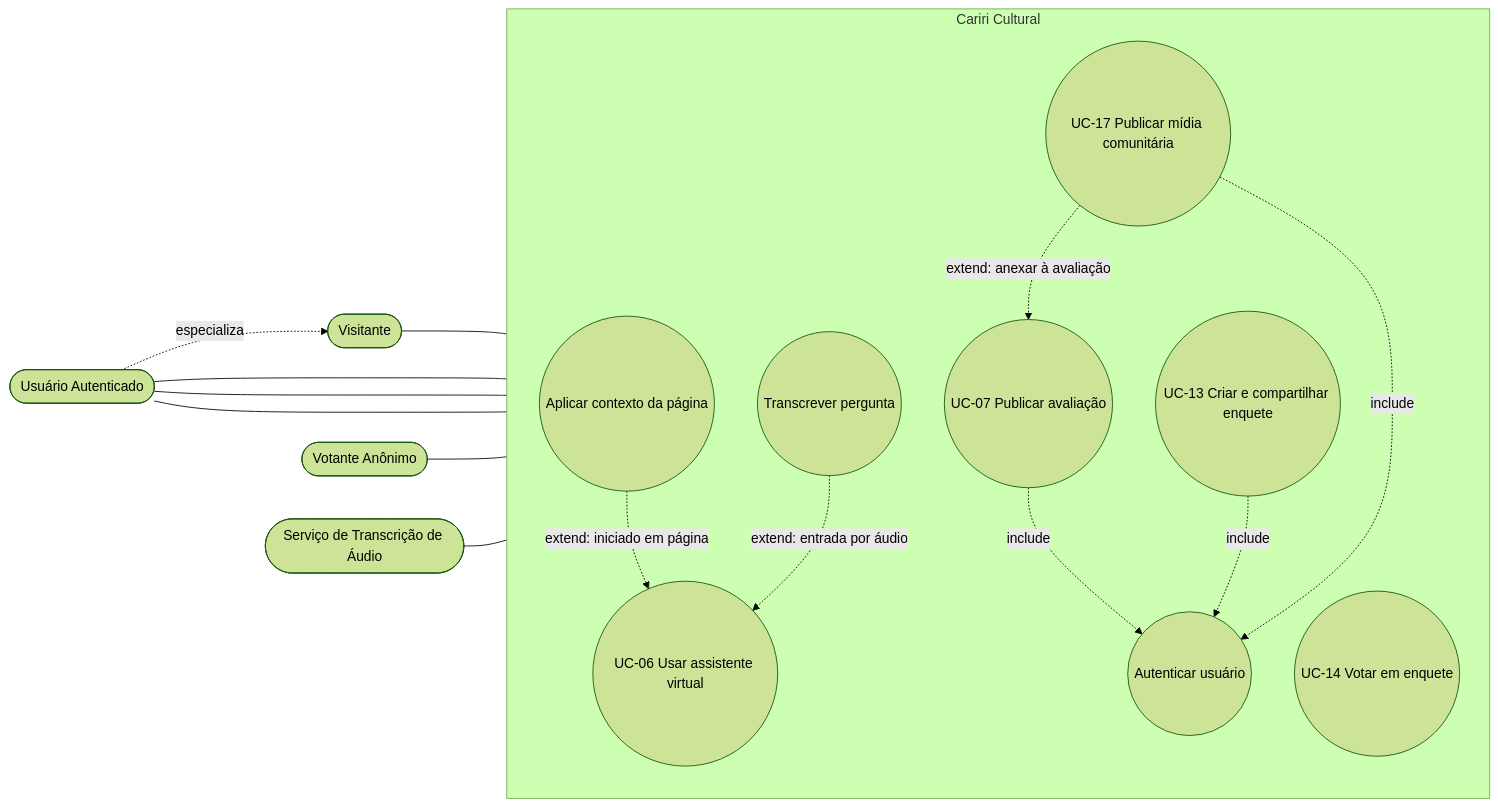
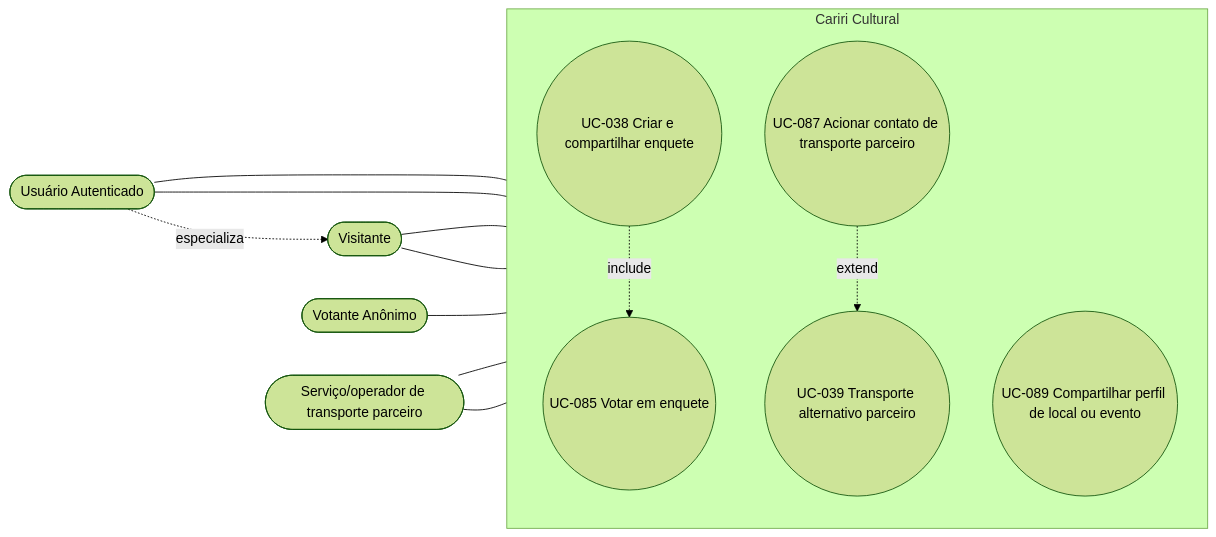
The ninth of 13 diagrams in home/user-cases/use-cases-diagram.md (alan-mendes-ufca/CaririCultural), drawn with Mermaid (forest theme) before and after one commit. The commit also changed other lines of this file and 5 other files, not shown here.

````diff
--- a/home/user-cases/use-cases-diagram.md
+++ b/home/user-cases/use-cases-diagram.md
@@ -197,42 +328,29 @@
 ```mermaid
 flowchart LR
     %% Atores
     V([Visitante])
     U([Usuário Autenticado])
     VA([Votante Anônimo])
-    AUD([Serviço de Transcrição de Áudio])
+    TP([Serviço/operador de transporte parceiro])
 
     %% Fronteira
     subgraph CC [Cariri Cultural]
         direction TB
-        UC06((UC-06 Usar assistente virtual))
-        UC07((UC-07 Publicar avaliação))
-        UC13((UC-13 Criar e compartilhar enquete))
-        UC14((UC-14 Votar em enquete))
-        UC17((UC-17 Publicar mídia comunitária))
-
-        %% Includes
-        AUTH((Autenticar usuário))
-
-        %% Extends do UC-06
-        CTX((Aplicar contexto da página))
-        AUDIO((Transcrever pergunta))
+        UC038((UC-038 Criar e compartilhar enquete))
+        UC039((UC-039 Transporte alternativo parceiro))
+        UC085((UC-085 Votar em enquete))
+        UC087((UC-087 Acionar contato de transporte parceiro))
+        UC089((UC-089 Compartilhar perfil de local ou evento))
     end
 
     %% Relações Ator -> Caso de Uso
-    V --- UC06
-    U --- UC07 & UC13 & UC17
-    VA --- UC14
+    U --- UC038 & UC089
+    V --- UC039 & UC087
+    VA --- UC085
+    TP --- UC039 & UC087
     U -.->|especializa| V
 
     %% Relações Include / Extend
-    UC07 -.->|include| AUTH
-    UC13 -.->|include| AUTH
-    UC17 -.->|include| AUTH
-
-    CTX -.->|extend: iniciado em página| UC06
-    AUDIO -.->|extend: entrada por áudio| UC06
-    UC17 -.->|extend: anexar à avaliação| UC07
-
-    AUD --- AUDIO
+    UC038 -.->|include| UC085
+    UC087 -.->|extend| UC039
 ```
````
